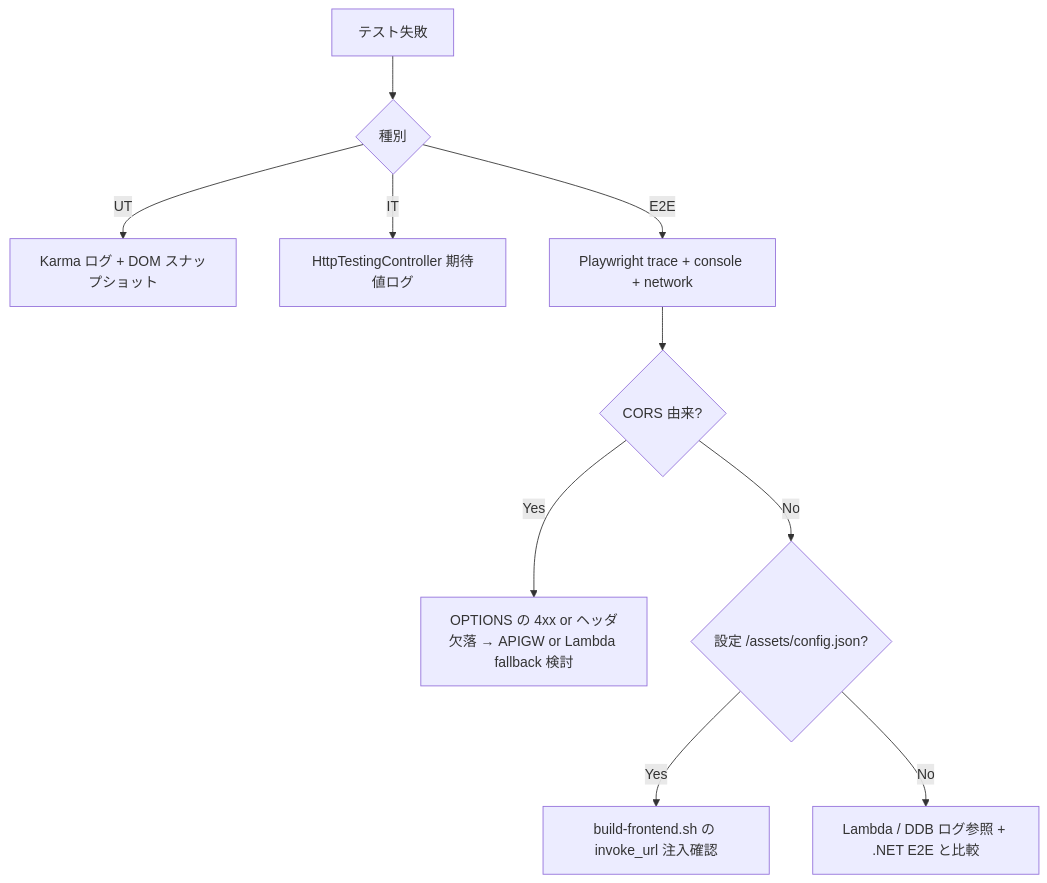
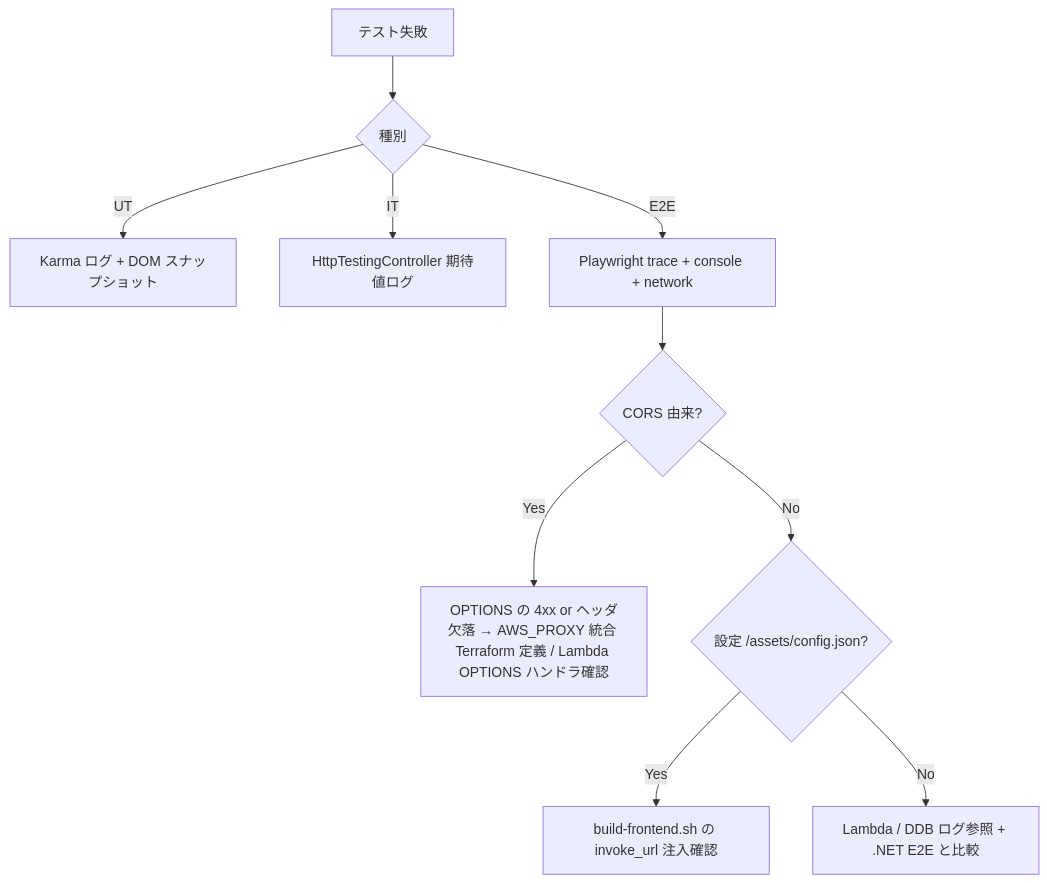
One commit to NagasakaH/dev-process changed the diagram in docs/floci-apigateway-csharp/design/05_test-plan.md. Above: the diagram before and after it, drawn with Mermaid. The commit also changed other lines of this file and 4 other files, not shown here.

````diff
--- a/docs/floci-apigateway-csharp/design/05_test-plan.md
+++ b/docs/floci-apigateway-csharp/design/05_test-plan.md
@@ -289,12 +296,12 @@
 ```mermaid
 flowchart TD
     F[テスト失敗] --> A{種別}
     A -->|UT| U[Karma ログ + DOM スナップショット]
     A -->|IT| I[HttpTestingController 期待値ログ]
     A -->|E2E| E[Playwright trace + console + network]
     E --> E1{CORS 由来?}
-    E1 -->|Yes| C1[OPTIONS の 4xx or ヘッダ欠落 → APIGW or Lambda fallback 検討]
+    E1 -->|Yes| C1[OPTIONS の 4xx or ヘッダ欠落 → AWS_PROXY 統合 Terraform 定義 / Lambda OPTIONS ハンドラ確認]
     E1 -->|No| C2{設定 /assets/config.json?}
     C2 -->|Yes| C3[build-frontend.sh の invoke_url 注入確認]
     C2 -->|No| C4[Lambda / DDB ログ参照 + .NET E2E と比較]
 ```
````
